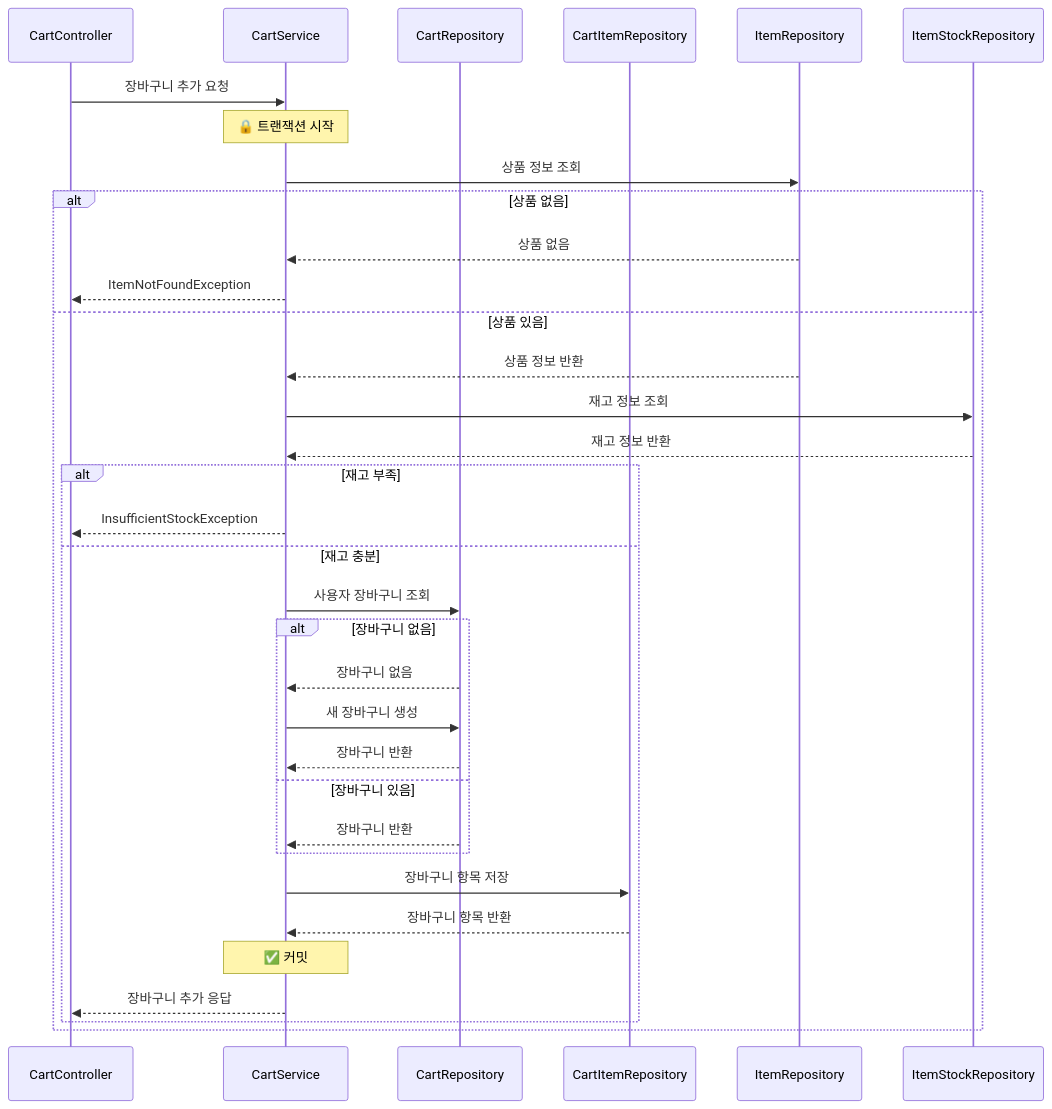
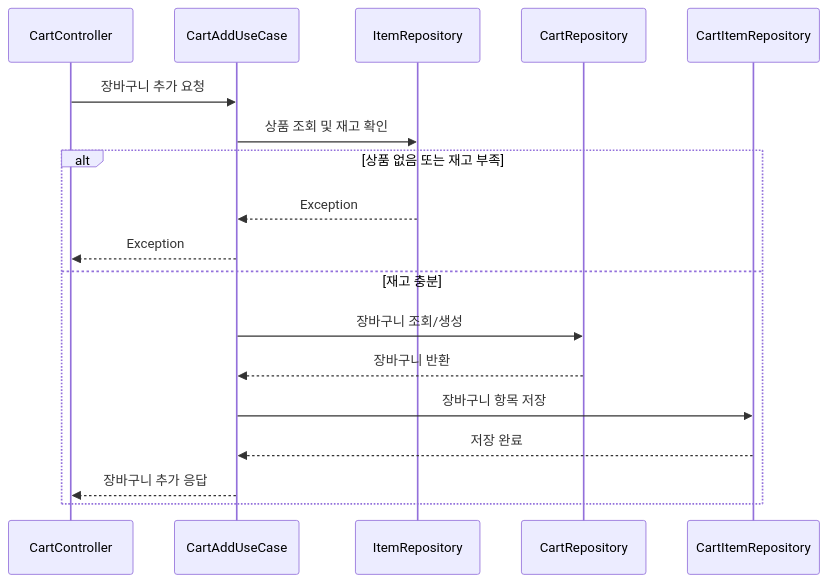
Before and after one commit to hwangdaesun/e-commerce: the fifth of 9 diagrams in README.md, drawn with Mermaid. The commit also changed other lines of this file, not shown here.

Commit message:
docs : 주문하기 시퀀스 다이어그램 수정

````diff
--- a/README.md
+++ b/README.md
@@ -96,37 +103,21 @@
 ```mermaid
 sequenceDiagram
       participant Controller as CartController
-      participant Service as CartService
+      participant UseCase as CartAddUseCase
+      participant ItemRepo as ItemRepository
       participant CartRepo as CartRepository
       participant CartItemRepo as CartItemRepository
-      participant ItemRepo as ItemRepository
-      participant StockRepo as ItemStockRepository
 
-      Controller->>Service: 장바구니 추가 요청
-      Note over Service: 🔒 트랜잭션 시작
-      Service->>ItemRepo: 상품 정보 조회
-      alt 상품 없음
-          ItemRepo-->>Service: 상품 없음
-          Service-->>Controller: ItemNotFoundException
-      else 상품 있음
-          ItemRepo-->>Service: 상품 정보 반환
-          Service->>StockRepo: 재고 정보 조회
-          StockRepo-->>Service: 재고 정보 반환
-          alt 재고 부족
-              Service-->>Controller: InsufficientStockException
-          else 재고 충분
-              Service->>CartRepo: 사용자 장바구니 조회
-              alt 장바구니 없음
-                  CartRepo-->>Service: 장바구니 없음
-                  Service->>CartRepo: 새 장바구니 생성
-                  CartRepo-->>Service: 장바구니 반환
-              else 장바구니 있음
-                  CartRepo-->>Service: 장바구니 반환
-              end
-              Service->>CartItemRepo: 장바구니 항목 저장
-              CartItemRepo-->>Service: 장바구니 항목 반환
-              Note over Service: ✅ 커밋
-              Service-->>Controller: 장바구니 추가 응답
-          end
+      Controller->>UseCase: 장바구니 추가 요청
+      UseCase->>ItemRepo: 상품 조회 및 재고 확인
+      alt 상품 없음 또는 재고 부족
+          ItemRepo-->>UseCase: Exception
+          UseCase-->>Controller: Exception
+      else 재고 충분
+          UseCase->>CartRepo: 장바구니 조회/생성
+          CartRepo-->>UseCase: 장바구니 반환
+          UseCase->>CartItemRepo: 장바구니 항목 저장
+          CartItemRepo-->>UseCase: 저장 완료
+          UseCase-->>Controller: 장바구니 추가 응답
       end
 ```
````
